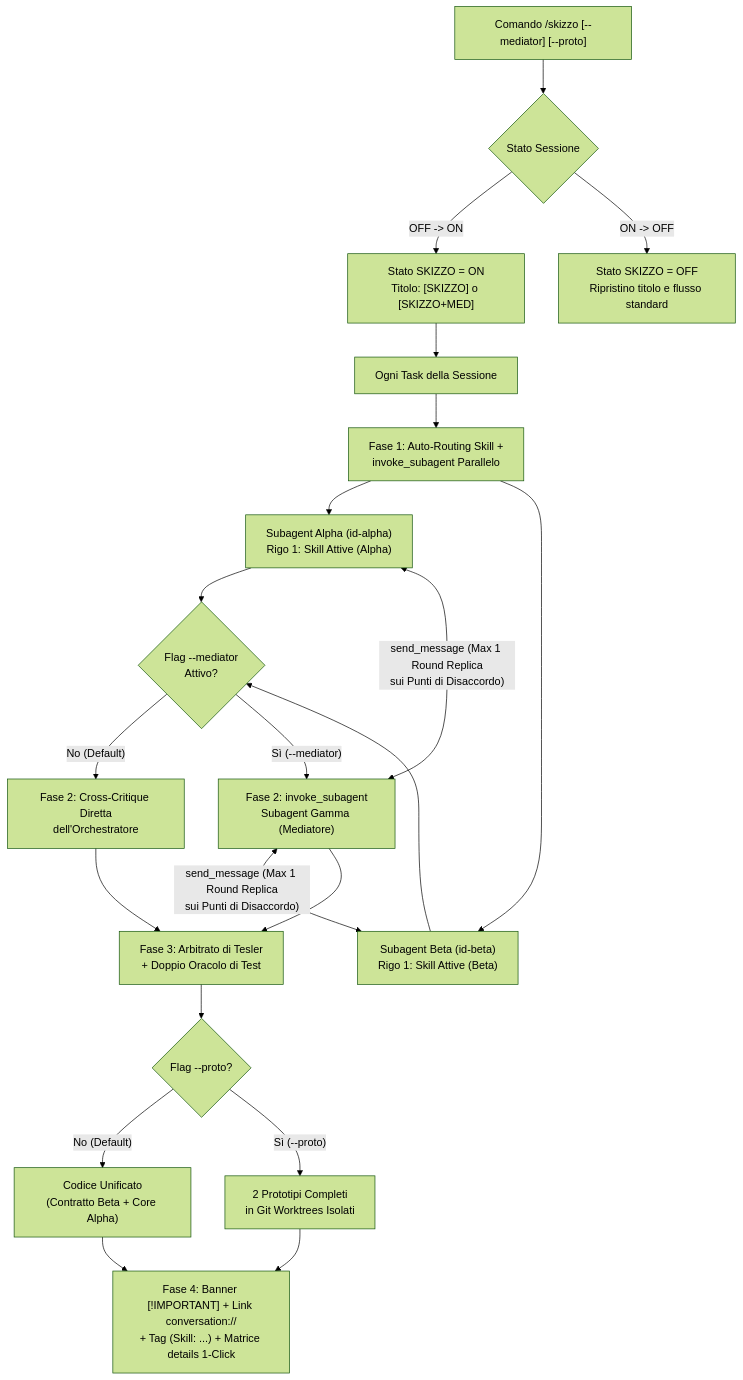
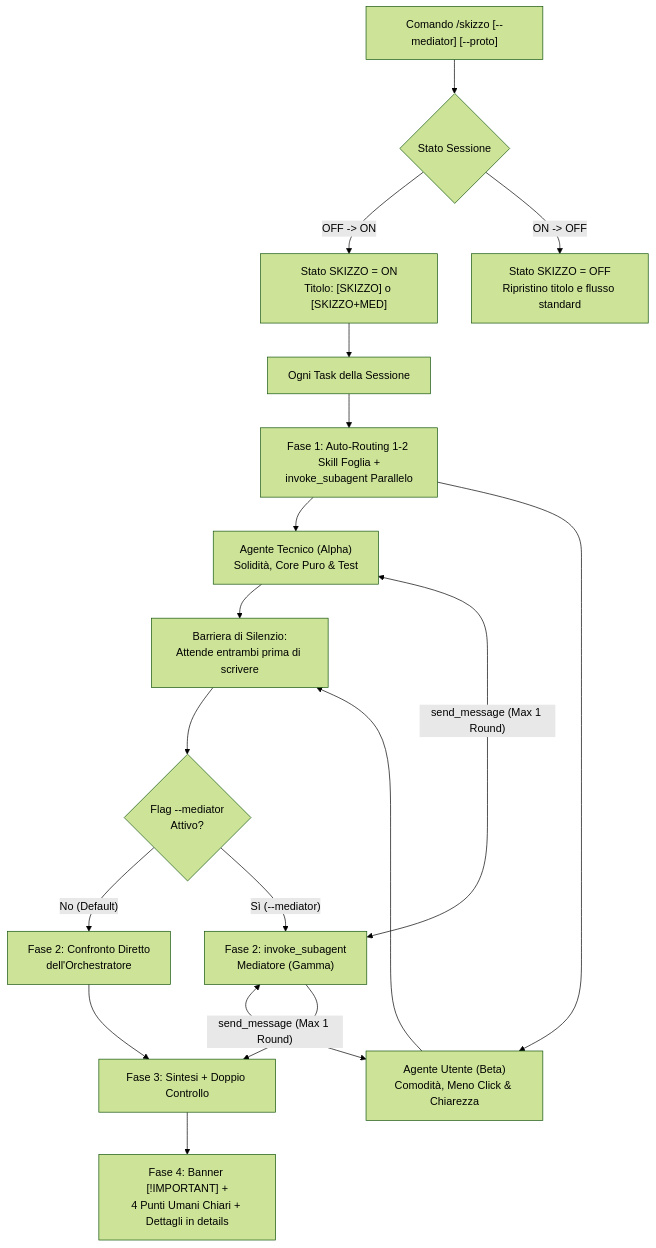
Before and after one commit to alessandroame/antigravity-plugins: the diagram in plugins/skizzo/README.md, drawn with Mermaid (forest theme). The commit also changed other lines of this file and 9 other files, not shown here.

Commit message:
feat(skizzo): introduce Human-First output, silent wakeup barrier, and leaf-skill routing (v1.3.0)

````diff
--- a/plugins/skizzo/README.md
+++ b/plugins/skizzo/README.md
@@ -34,23 +34,20 @@
 ```mermaid
 flowchart TD
     CMD["Comando /skizzo [--mediator] [--proto]"] --> TOGGLE{"Stato Sessione"}
     TOGGLE -- "OFF -> ON" --> ON["Stato SKIZZO = ON<br/>Titolo: [SKIZZO] o [SKIZZO+MED]"]
     TOGGLE -- "ON -> OFF" --> OFF["Stato SKIZZO = OFF<br/>Ripristino titolo e flusso standard"]
     ON --> TASK["Ogni Task della Sessione"]
-    TASK --> F1["Fase 1: Auto-Routing Skill +<br/>invoke_subagent Parallelo"]
-    F1 --> ALPHA["Subagent Alpha (id-alpha)<br/>Rigo 1: Skill Attive (Alpha)"]
-    F1 --> BETA["Subagent Beta (id-beta)<br/>Rigo 1: Skill Attive (Beta)"]
-    ALPHA --> MED{"Flag --mediator<br/>Attivo?"}
-    BETA --> MED
-    MED -- "No (Default)" --> F2A["Fase 2: Cross-Critique Diretta<br/>dell'Orchestratore"]
-    MED -- "Sì (--mediator)" --> GAMMA["Fase 2: invoke_subagent<br/>Subagent Gamma (Mediatore)"]
-    GAMMA <-->|"send_message (Max 1 Round Replica<br/>sui Punti di Disaccordo)"| ALPHA
-    GAMMA <-->|"send_message (Max 1 Round Replica<br/>sui Punti di Disaccordo)"| BETA
-    F2A --> F3["Fase 3: Arbitrato di Tesler<br/>+ Doppio Oracolo di Test"]
+    TASK --> F1["Fase 1: Auto-Routing 1-2 Skill Foglia +<br/>invoke_subagent Parallelo"]
+    F1 --> ALPHA["Agente Tecnico (Alpha)<br/>Solidità, Core Puro & Test"]
+    F1 --> BETA["Agente Utente (Beta)<br/>Comodità, Meno Click & Chiarezza"]
+    ALPHA --> WAIT["Barriera di Silenzio:<br/>Attende entrambi prima di scrivere"]
+    BETA --> WAIT
+    WAIT --> MED{"Flag --mediator<br/>Attivo?"}
+    MED -- "No (Default)" --> F2A["Fase 2: Confronto Diretto<br/>dell'Orchestratore"]
+    MED -- "Sì (--mediator)" --> GAMMA["Fase 2: invoke_subagent<br/>Mediatore (Gamma)"]
+    GAMMA <-->|"send_message (Max 1 Round)"| ALPHA
+    GAMMA <-->|"send_message (Max 1 Round)"| BETA
+    F2A --> F3["Fase 3: Sintesi + Doppio Controllo"]
     GAMMA --> F3
-    F3 --> PROTO{"Flag --proto?"}
-    PROTO -- "No (Default)" --> UNIFIED["Codice Unificato<br/>(Contratto Beta + Core Alpha)"]
-    PROTO -- "Sì (--proto)" --> WORKTREE["2 Prototipi Completi<br/>in Git Worktrees Isolati"]
-    UNIFIED --> F4["Fase 4: Banner [!IMPORTANT] + Link conversation://<br/>+ Tag (Skill: ...) + Matrice details 1-Click"]
-    WORKTREE --> F4
+    F3 --> F4["Fase 4: Banner [!IMPORTANT] +<br/>4 Punti Umani Chiari + Dettagli in details"]
 ```
````
